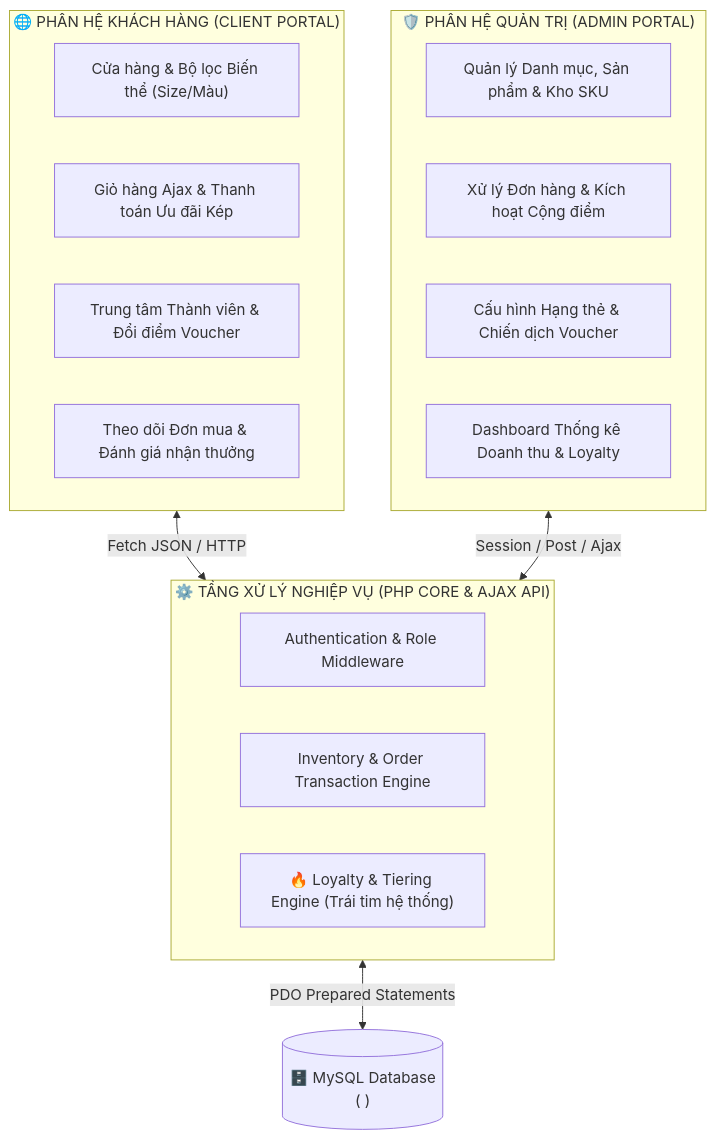
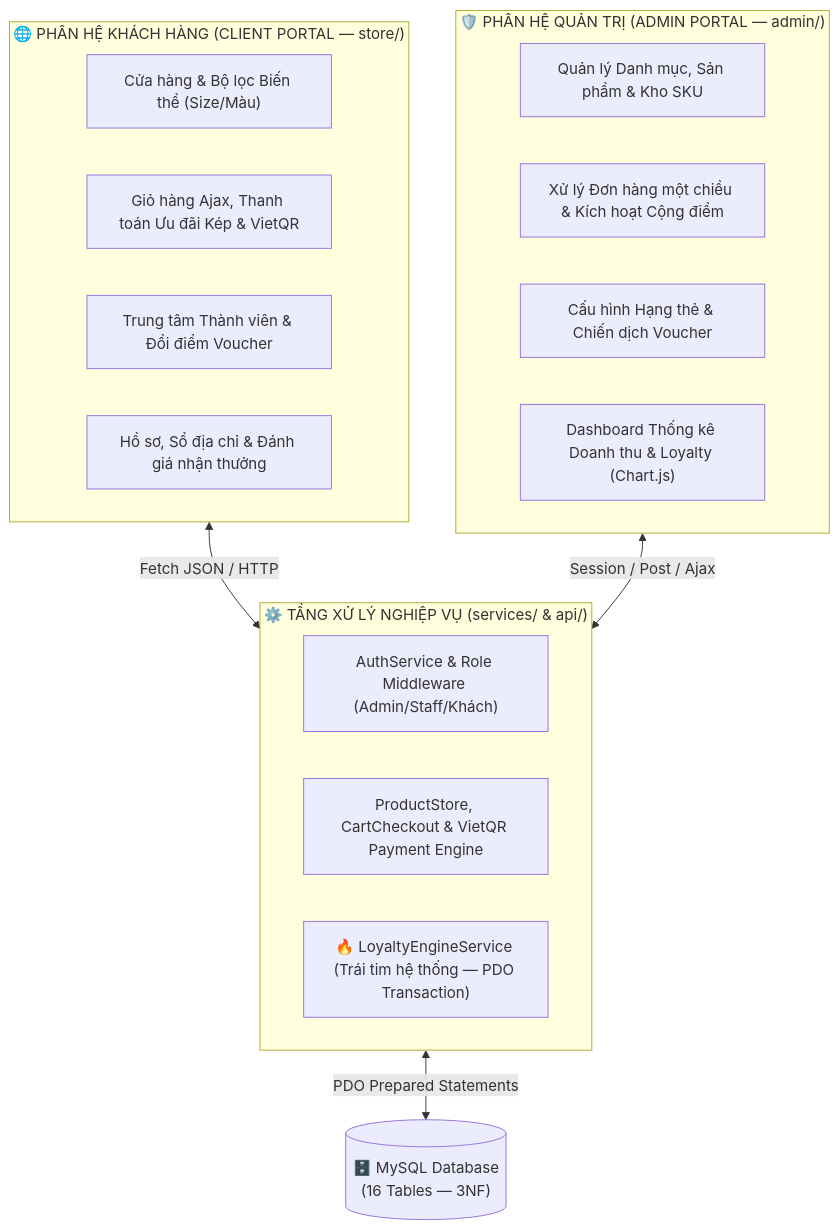
One commit to lethaoquyendth235746/Web-quan-ly-cua-hang-quan-ao changed the first of 4 diagrams in README.md. Above: the diagram before and after it, drawn with Mermaid. The commit also changed other lines of this file and 2 other files, not shown here.

````diff
--- a/README.md
+++ b/README.md
@@ -38,26 +53,26 @@
 ```mermaid
 graph TD
-subgraph CLIENT ["🌐 PHÂN HỆ KHÁCH HÀNG (CLIENT PORTAL)"]
+subgraph CLIENT ["🌐 PHÂN HỆ KHÁCH HÀNG (CLIENT PORTAL — store/)"]
 C1["Cửa hàng & Bộ lọc Biến thể (Size/Màu)"]
-C2["Giỏ hàng Ajax & Thanh toán Ưu đãi Kép"]
+C2["Giỏ hàng Ajax, Thanh toán Ưu đãi Kép & VietQR"]
 C3["Trung tâm Thành viên & Đổi điểm Voucher"]
-C4["Theo dõi Đơn mua & Đánh giá nhận thưởng"]
+C4["Hồ sơ, Sổ địa chỉ & Đánh giá nhận thưởng"]
 end
 
-subgraph CORE ["⚙️ TẦNG XỬ LÝ NGHIỆP VỤ (PHP CORE & AJAX API)"]
-E1["Authentication & Role Middleware"]
-E2["Inventory & Order Transaction Engine"]
-E3["🔥 Loyalty & Tiering Engine (Trái tim hệ thống)"]
+subgraph CORE ["⚙️ TẦNG XỬ LÝ NGHIỆP VỤ (services/ & api/)"]
+E1["AuthService & Role Middleware (Admin/Staff/Khách)"]
+E2["ProductStore, CartCheckout & VietQR Payment Engine"]
+E3["🔥 LoyaltyEngineService (Trái tim hệ thống — PDO Transaction)"]
 end
 
-subgraph ADMIN ["🛡️ PHÂN HỆ QUẢN TRỊ (ADMIN PORTAL)"]
+subgraph ADMIN ["🛡️ PHÂN HỆ QUẢN TRỊ (ADMIN PORTAL — admin/)"]
 A1["Quản lý Danh mục, Sản phẩm & Kho SKU"]
-A2["Xử lý Đơn hàng & Kích hoạt Cộng điểm"]
+A2["Xử lý Đơn hàng một chiều & Kích hoạt Cộng điểm"]
 A3["Cấu hình Hạng thẻ & Chiến dịch Voucher"]
-A4["Dashboard Thống kê Doanh thu & Loyalty"]
+A4["Dashboard Thống kê Doanh thu & Loyalty (Chart.js)"]
 end
 
 CLIENT <-->|Fetch JSON / HTTP| CORE
 ADMIN <-->|Session / Post / Ajax| CORE
-CORE <-->|PDO Prepared Statements| DB[("🗄️ MySQL Database\n( )")]
+CORE <-->|PDO Prepared Statements| DB[("🗄️ MySQL Database\n(16 Tables — 3NF)")]
 ```
````
